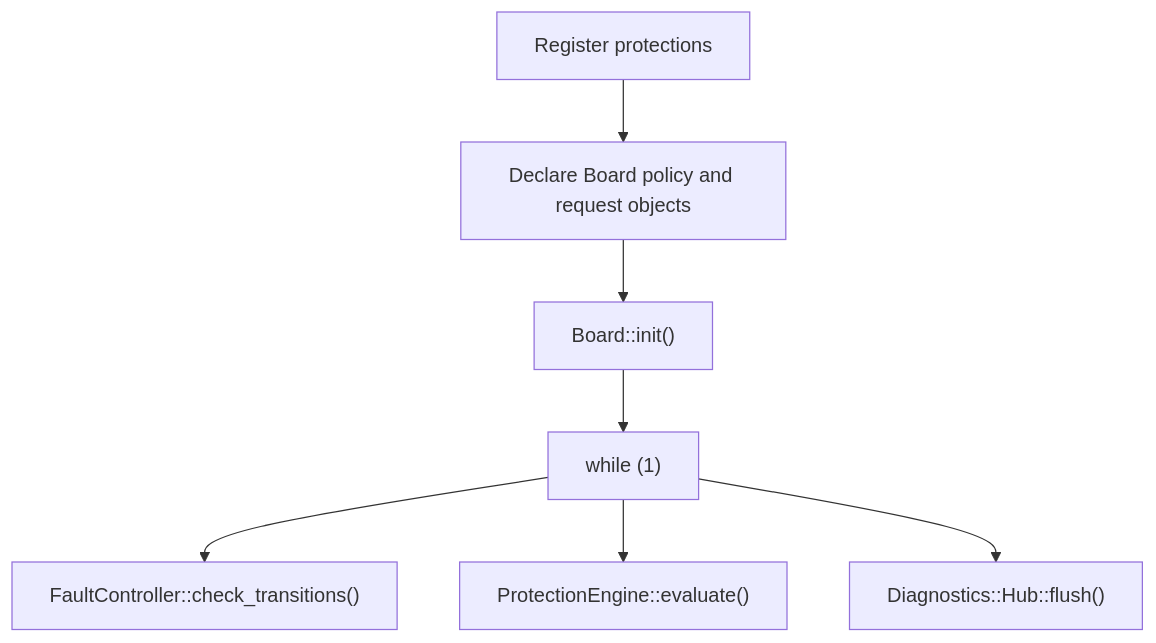
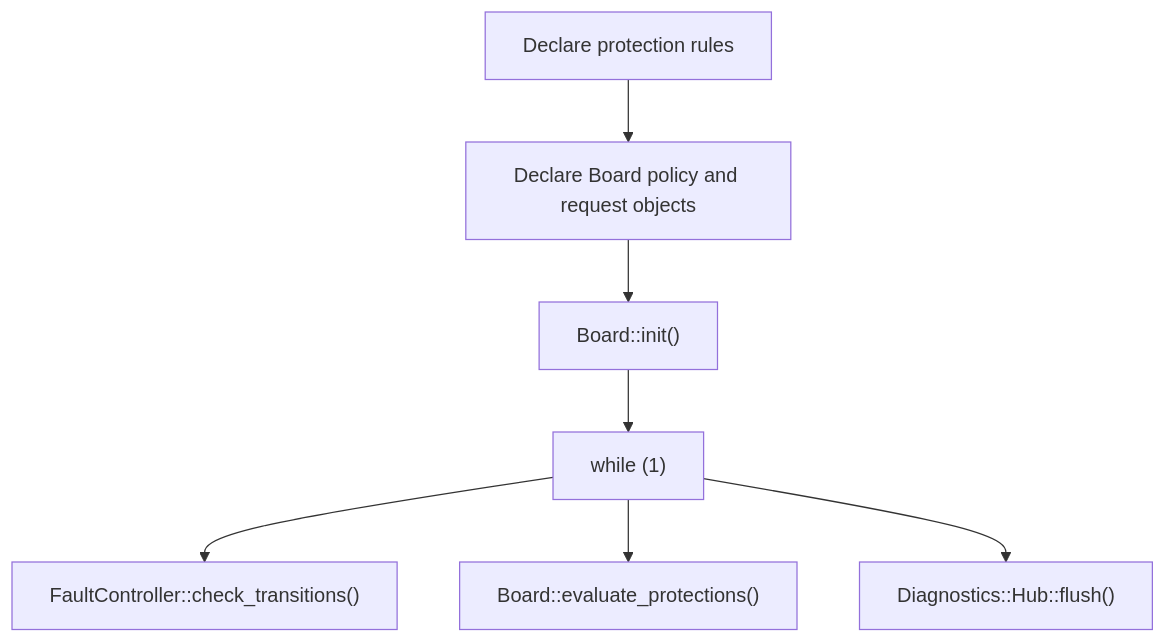
Before and after one commit to HyperloopUPV-H8/ST-LIB: the first of 2 diagrams in docs/protections-and-diagnostics.md, drawn with Mermaid. The commit also changed other lines of this file and 10 other files, not shown here.

Commit message:
feat(Protections)!: integrate compile-time protections with Board

````diff
--- a/docs/protections-and-diagnostics.md
+++ b/docs/protections-and-diagnostics.md
@@ -35,9 +35,9 @@
 ```mermaid
 flowchart TD
-    A["Register protections"] --> B["Declare Board policy and request objects"]
+    A["Declare protection rules"] --> B["Declare Board policy and request objects"]
     B --> C["Board::init()"]
     C --> D["while (1)"]
     D --> E["FaultController::check_transitions()"]
-    D --> F["ProtectionEngine::evaluate()"]
+    D --> F["Board::evaluate_protections()"]
     D --> G["Diagnostics::Hub::flush()"]
 ```
````
